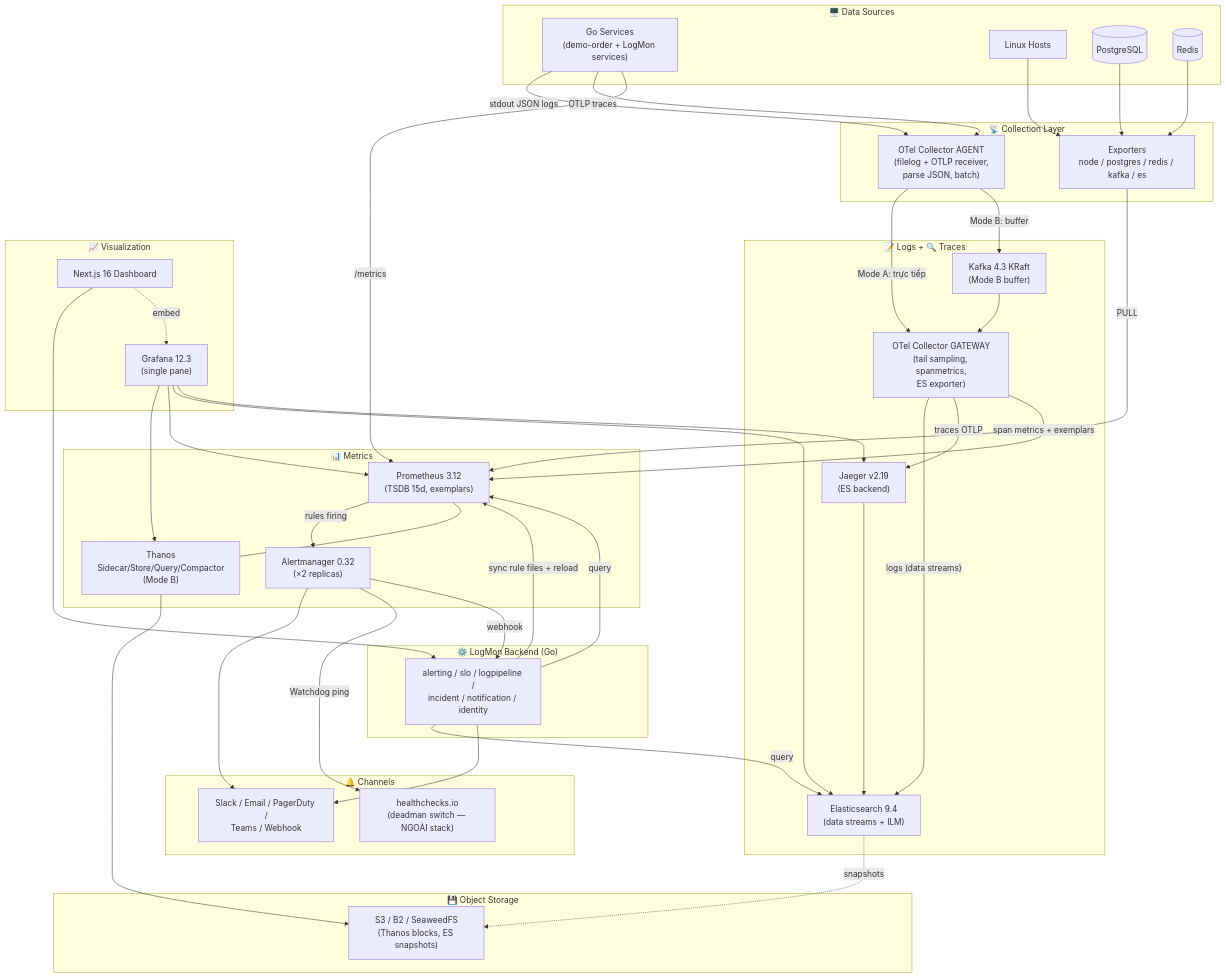
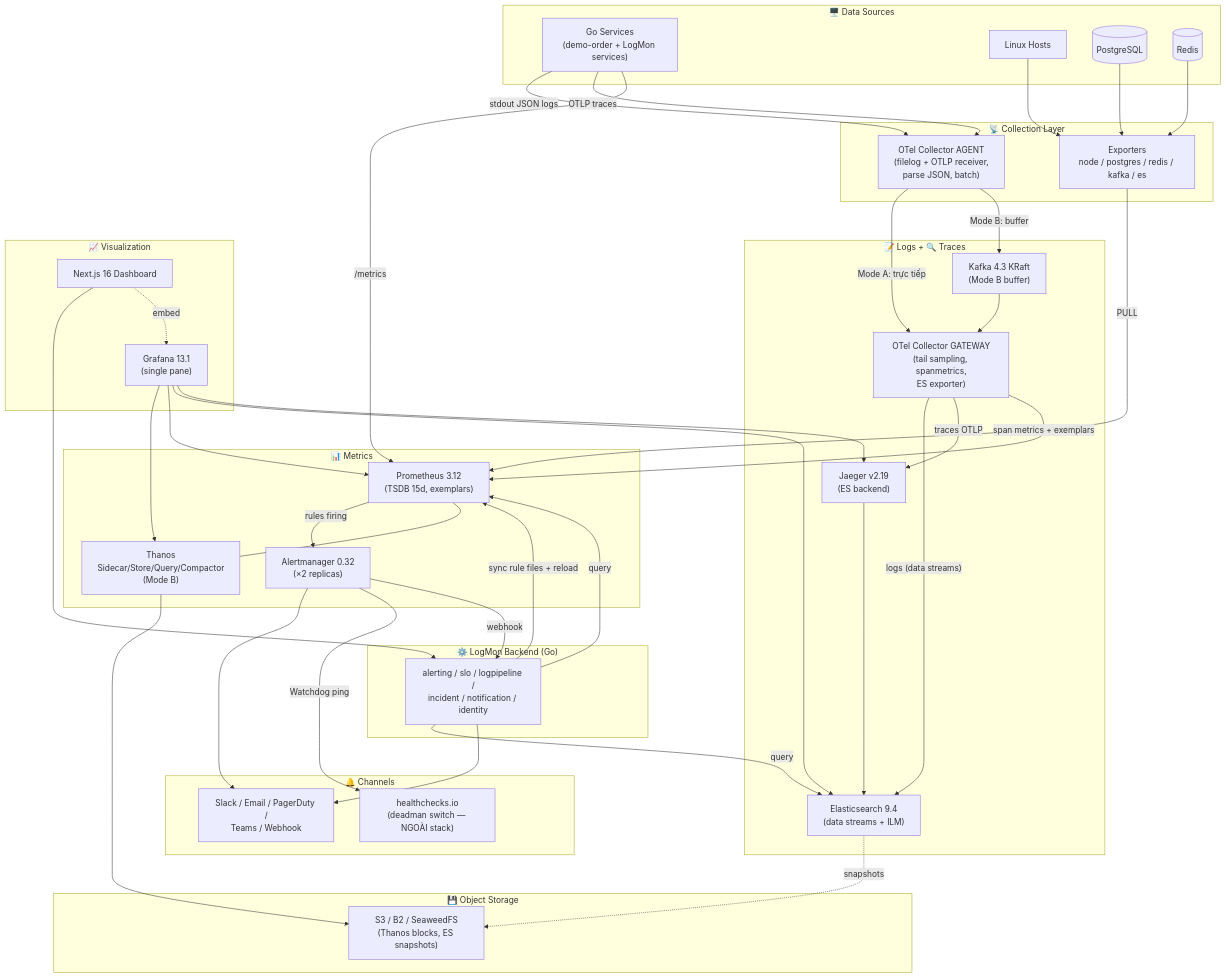
The diagram in doc_v2/01-kien-truc-tong-the.md (namdam97/logmon), drawn with Mermaid before and after one commit. The commit also changed other lines of this file and 14 other files, not shown here.

````diff
--- a/doc_v2/01-kien-truc-tong-the.md
+++ b/doc_v2/01-kien-truc-tong-the.md
@@ -38,73 +38,73 @@
 ```mermaid
 graph TB
     subgraph Sources["🖥️ Data Sources"]
         APP["Go Services<br/>(demo-order + LogMon services)"]
         SRV["Linux Hosts"]
         DB[("PostgreSQL")]
         CACHE[("Redis")]
     end
 
     subgraph Collect["📡 Collection Layer"]
         EXP["Exporters<br/>node / postgres / redis / kafka / es"]
         OTELA["OTel Collector AGENT<br/>(filelog + OTLP receiver,<br/>parse JSON, batch)"]
     end
 
     subgraph MetricsP["📊 Metrics"]
         PROM["Prometheus 3.12<br/>(TSDB 15d, exemplars)"]
         THANOS["Thanos<br/>Sidecar/Store/Query/Compactor<br/>(Mode B)"]
         AM["Alertmanager 0.32<br/>(×2 replicas)"]
     end
 
     subgraph LogsTracesP["📝 Logs + 🔍 Traces"]
         KAFKA["Kafka 4.3 KRaft<br/>(Mode B buffer)"]
         OTELG["OTel Collector GATEWAY<br/>(tail sampling, spanmetrics,<br/>ES exporter)"]
         ES["Elasticsearch 9.4<br/>(data streams + ILM)"]
         JAEGER["Jaeger v2.19<br/>(ES backend)"]
     end
 
     subgraph Store["💾 Object Storage"]
         S3["S3 / B2 / SeaweedFS<br/>(Thanos blocks, ES snapshots)"]
     end
 
     subgraph Platform["⚙️ LogMon Backend (Go)"]
         BE["alerting / slo / logpipeline /<br/>incident / notification / identity"]
     end
 
     subgraph Viz["📈 Visualization"]
-        GF["Grafana 12.3<br/>(single pane)"]
+        GF["Grafana 13.1<br/>(single pane)"]
         FE["Next.js 16 Dashboard"]
     end
 
     subgraph Notify["🔔 Channels"]
         CH["Slack / Email / PagerDuty /<br/>Teams / Webhook"]
         DEADMAN["healthchecks.io<br/>(deadman switch — NGOÀI stack)"]
     end
 
     APP -->|"stdout JSON logs"| OTELA
     APP -->|"OTLP traces"| OTELA
     APP -->|"/metrics"| PROM
     SRV & DB & CACHE --> EXP -->|"PULL"| PROM
 
     OTELA -->|"Mode A: trực tiếp"| OTELG
     OTELA -->|"Mode B: buffer"| KAFKA --> OTELG
     OTELG -->|"logs (data streams)"| ES
     OTELG -->|"traces OTLP"| JAEGER
     OTELG -->|"span metrics + exemplars"| PROM
     JAEGER --> ES
 
     PROM -->|"rules firing"| AM
     PROM --- THANOS
     THANOS --> S3
     ES -.->|"snapshots"| S3
 
     AM --> CH
     AM -->|"Watchdog ping"| DEADMAN
     AM -->|"webhook"| BE
     BE -->|"sync rule files + reload"| PROM
     BE -->|"query"| ES & PROM
     BE --> CH
 
     GF --> THANOS & PROM & ES & JAEGER
     FE --> BE
     FE -.->|"embed"| GF
 ```
````
